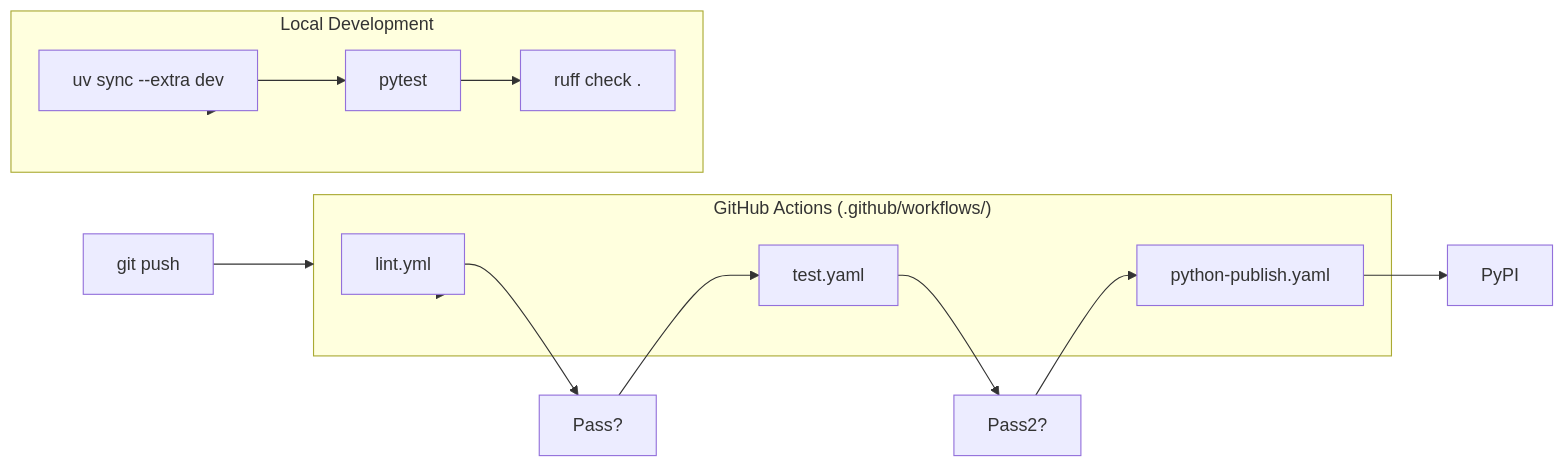
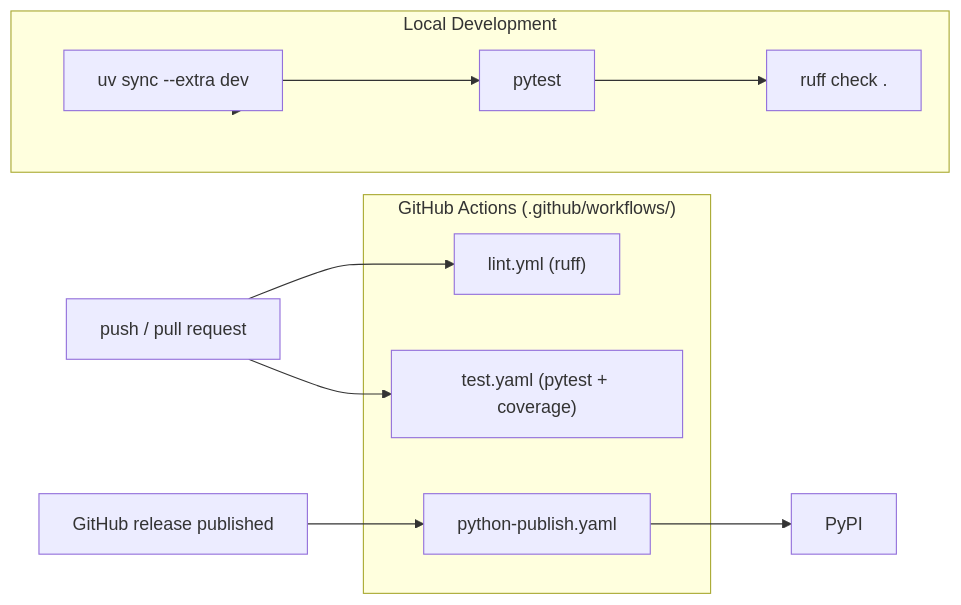
One commit to hype8912/dominion-sc-power changed the first of 2 diagrams in docs/architecture/05-deployment.md. Above: the diagram before and after it, drawn with Mermaid. The commit also changed other lines of this file and 20 other files, not shown here.

````diff
--- a/docs/architecture/05-deployment.md
+++ b/docs/architecture/05-deployment.md
@@ -13,21 +13,20 @@
 ```mermaid
 flowchart LR
     subgraph CI["GitHub Actions (.github/workflows/)"]
-        Lint["lint.yml"]
-        Test["test.yaml"]
+        Lint["lint.yml (ruff)"]
+        Test["test.yaml (pytest + coverage)"]
         Publish["python-publish.yaml"]
     end
 
     subgraph Dev["Local Development"]
         UV["uv sync --extra dev"]
         Pytest["pytest"]
         Ruff["ruff check ."]
     end
 
-    Push["git push"] --> CI
-    CI --> Lint --> Pass?
-    Pass? --> Test --> Pass2?
-    Pass2? --> Publish --> PyPI
+    Push["push / pull request"] --> Lint
+    Push --> Test
+    Release["GitHub release published"] --> Publish --> PyPI["PyPI"]
 
     Dev --> UV --> Pytest --> Ruff
 ```
````
